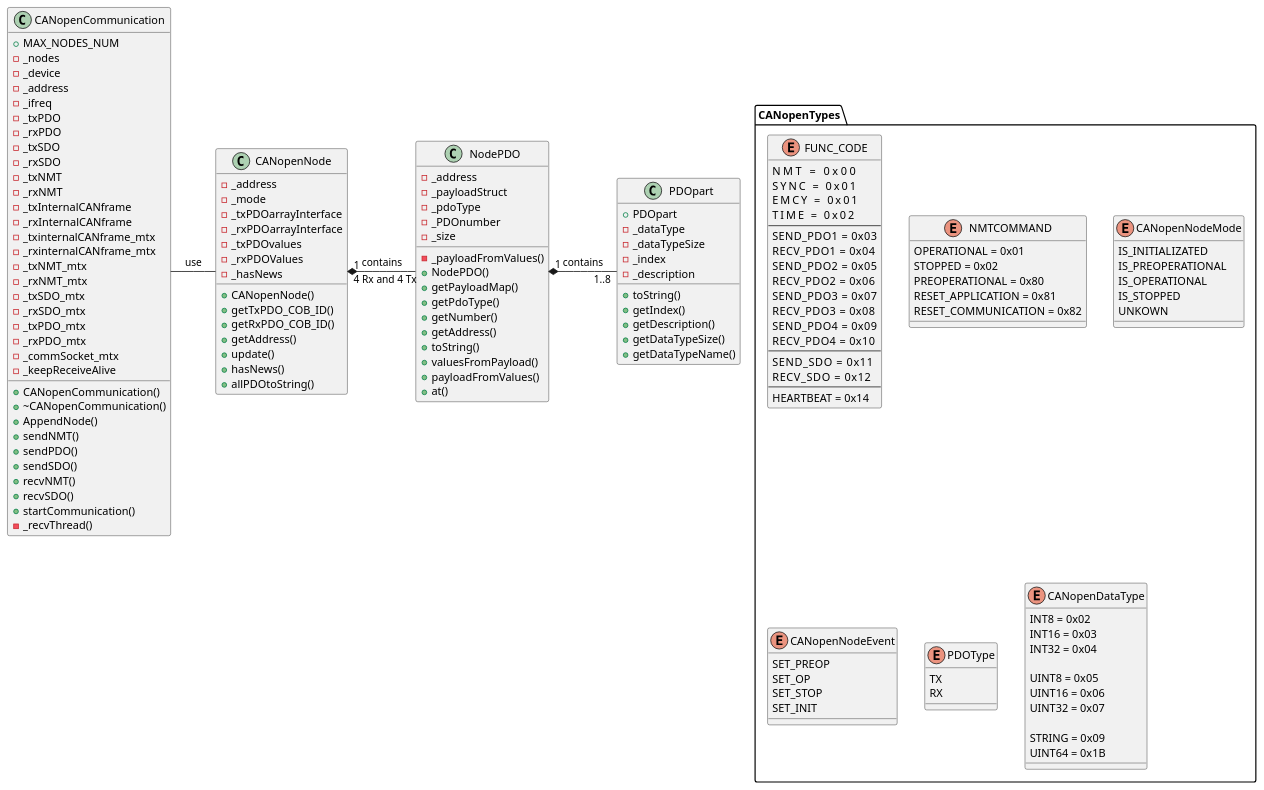
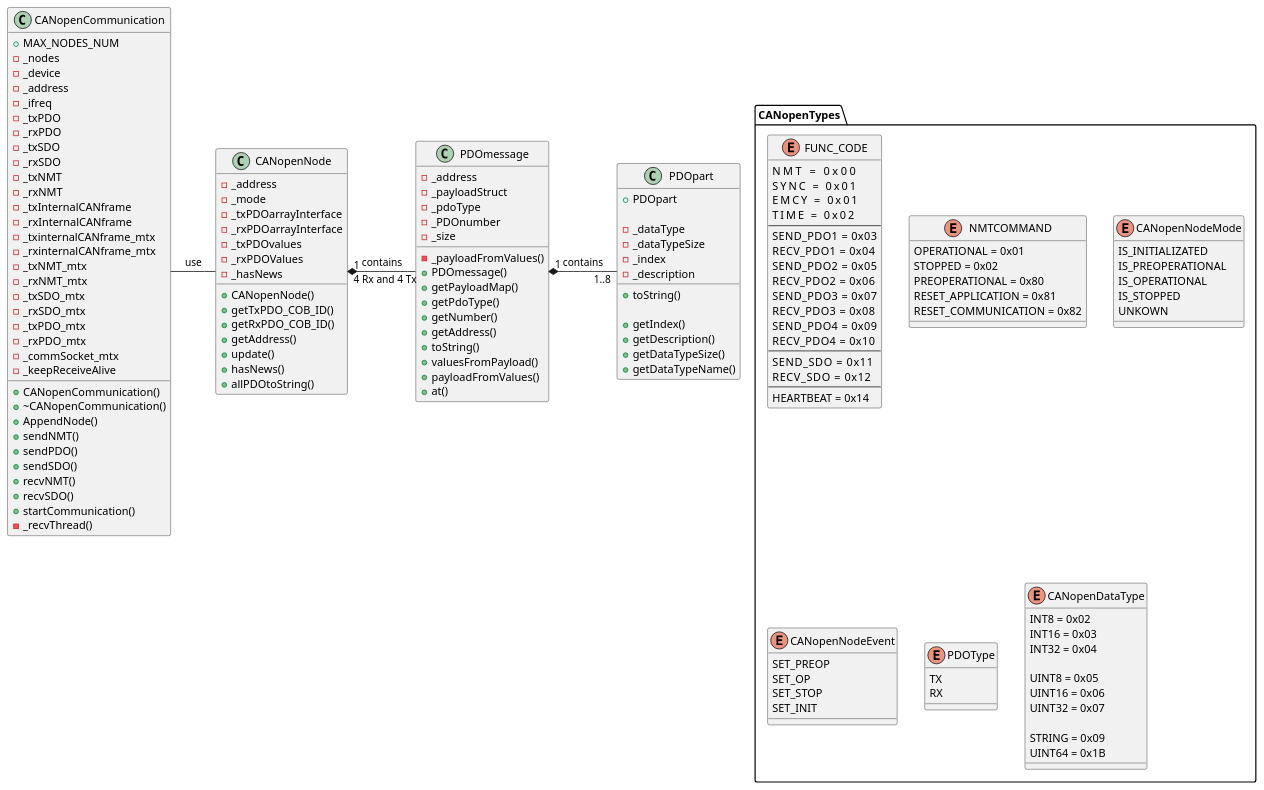
The diagram in Classes.puml (griloHBG/passivity_project), drawn with PlantUML before and after one commit. The commit also changed 17 other files, not shown here.

```diff
--- a/Classes.puml
+++ b/Classes.puml
@@ -1,164 +1,165 @@
 @startuml
 
-class NodePDO
+class PDOmessage
 {
     -_address
     -_payloadStruct
     -_pdoType
     -_PDOnumber
     -_size
     -_payloadFromValues()
-    +NodePDO()
+    +PDOmessage()
     +getPayloadMap()
     +getPdoType()
     +getNumber()
     +getAddress()
     +toString()
     +valuesFromPayload()
     +payloadFromValues()
     +at()
 }
 
 class CANopenNode
 {
     +CANopenNode()
     +getTxPDO_COB_ID()
     +getRxPDO_COB_ID()
     +getAddress()
     +update()
     +hasNews()
     +allPDOtoString()
     -_address
     -_mode
     -_txPDOarrayInterface
     -_rxPDOarrayInterface
     -_txPDOvalues
     -_rxPDOValues
     -_hasNews
 }
 
 class CANopenCommunication
 {
     +MAX_NODES_NUM
     +CANopenCommunication()
     +~CANopenCommunication()
     +AppendNode()
     +sendNMT()
     +sendPDO()
     +sendSDO()
     +recvNMT()
     +recvSDO()
     +startCommunication()
     -_nodes
     -_device
     -_address
     -_ifreq
     -_txPDO
     -_rxPDO
     -_txSDO
     -_rxSDO
     -_txNMT
     -_rxNMT
     -_txInternalCANframe
     -_rxInternalCANframe
     -_txinternalCANframe_mtx
     -_rxinternalCANframe_mtx
     -_txNMT_mtx
     -_rxNMT_mtx
     -_txSDO_mtx
     -_rxSDO_mtx
     -_txPDO_mtx
     -_rxPDO_mtx
     -_commSocket_mtx
     -_keepReceiveAlive
     -_recvThread()
 }
 
 class PDOpart
 {
     +PDOpart
     +toString()
+    
     +getIndex()
     +getDescription()
     +getDataTypeSize()
     +getDataTypeName()
     -_dataType
     -_dataTypeSize
     -_index
     -_description
 }
 
 CANopenCommunication -right- CANopenNode : use
-CANopenNode "1" *-right- "4 Rx and 4 Tx" NodePDO : contains
-NodePDO "1" *-right- "1..8" PDOpart : contains
+CANopenNode "1" *-right- "4 Rx and 4 Tx" PDOmessage : contains
+PDOmessage "1" *-right- "1..8" PDOpart : contains
 
 package CANopenTypes
 {
     enum FUNC_CODE
     {
         NMT         = 0x00
         SYNC        = 0x01
         EMCY        = 0x01
         TIME        = 0x02
         --
         SEND_PDO1   = 0x03
         RECV_PDO1   = 0x04
         SEND_PDO2   = 0x05
         RECV_PDO2   = 0x06
         SEND_PDO3   = 0x07
         RECV_PDO3   = 0x08
         SEND_PDO4   = 0x09
         RECV_PDO4   = 0x10
         --
         SEND_SDO    = 0x11
         RECV_SDO    = 0x12
         --
         HEARTBEAT = 0x14
     }
     enum NMTCOMMAND
     {
         OPERATIONAL = 0x01
         STOPPED = 0x02
         PREOPERATIONAL = 0x80
         RESET_APPLICATION = 0x81
         RESET_COMMUNICATION = 0x82
     }
 
     enum CANopenNodeMode
     {
         IS_INITIALIZATED
         IS_PREOPERATIONAL
         IS_OPERATIONAL
         IS_STOPPED
         UNKOWN
     }
 
     enum CANopenNodeEvent
     {
         SET_PREOP
         SET_OP
         SET_STOP
         SET_INIT
     }
 
     enum PDOType
     {
         TX
         RX
     }
 
     enum CANopenDataType
     {
         INT8 = 0x02
         INT16 = 0x03
         INT32 = 0x04
 
         UINT8 = 0x05
         UINT16 = 0x06
         UINT32 = 0x07
 
         STRING = 0x09
         UINT64 = 0x1B
     }
 }
 @enduml
```
